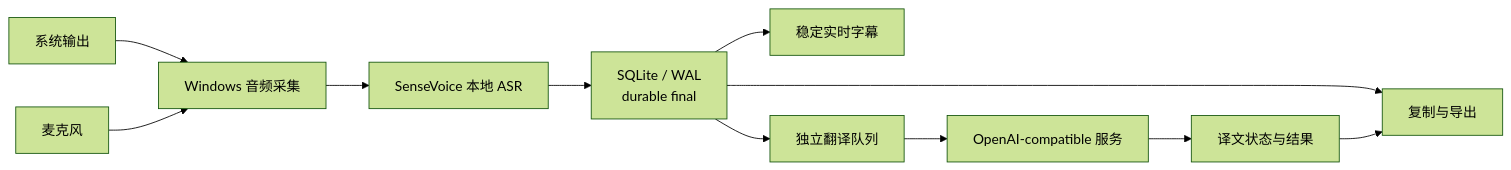
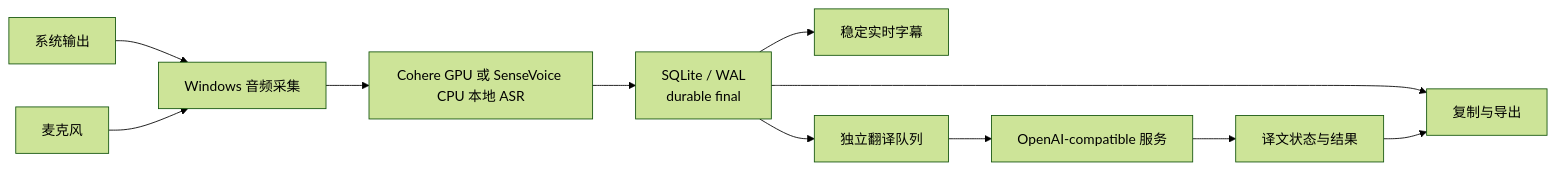
Before and after one commit to AsaZhou923/MeetingRelay: the diagram in README.zh-CN.md, drawn with Mermaid (forest theme). The commit also changed other lines of this file and 21 other files, not shown here.

````diff
--- a/README.zh-CN.md
+++ b/README.zh-CN.md
@@ -47,13 +47,13 @@
 ```mermaid
 flowchart LR
     SYS["系统输出"] --> CAP["Windows 音频采集"]
     MIC["麦克风"] --> CAP
-    CAP --> ASR["SenseVoice 本地 ASR"]
+    CAP --> ASR["Cohere GPU 或 SenseVoice CPU 本地 ASR"]
     ASR --> DB["SQLite / WAL<br/>durable final"]
     DB --> UI["稳定实时字幕"]
     DB --> TQ["独立翻译队列"]
     TQ --> LLM["OpenAI-compatible 服务"]
     LLM --> TR["译文状态与结果"]
     DB --> OUT["复制与导出"]
     TR --> OUT
 ```
````
